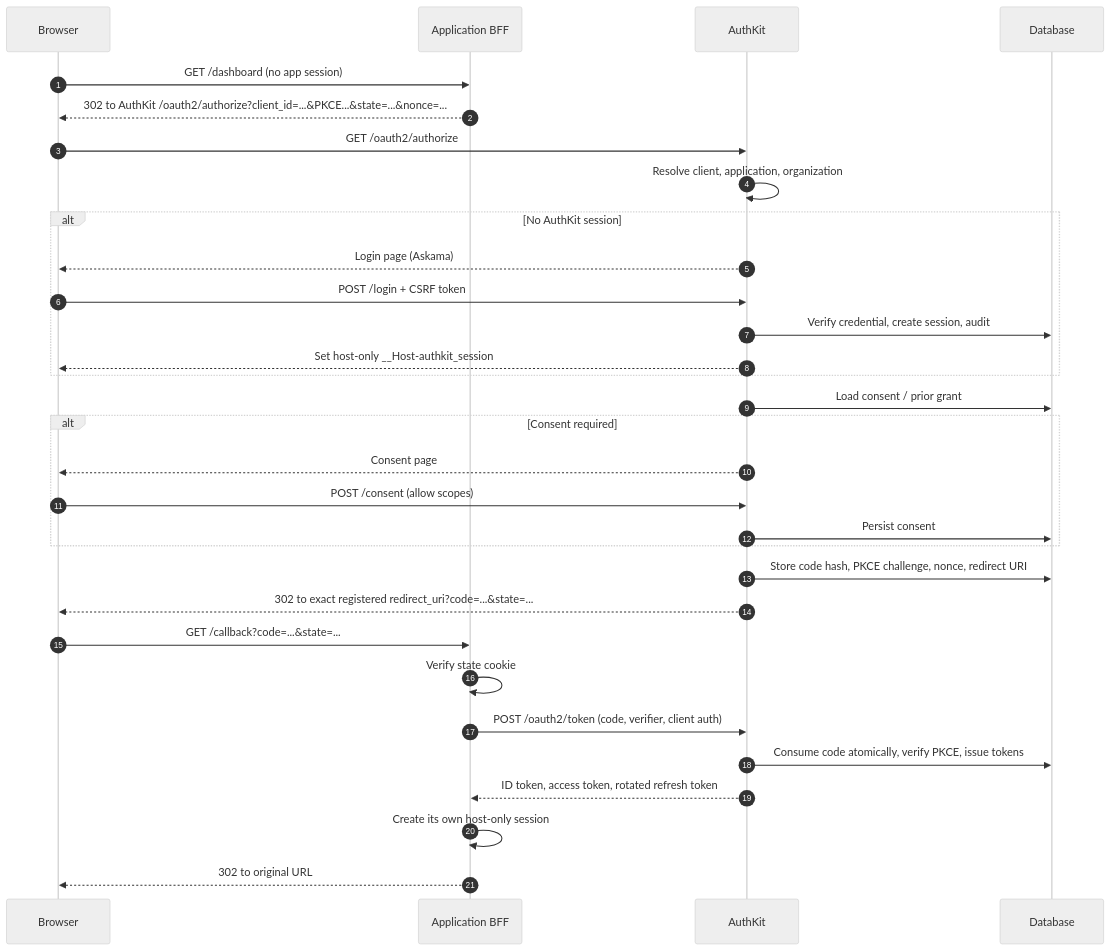
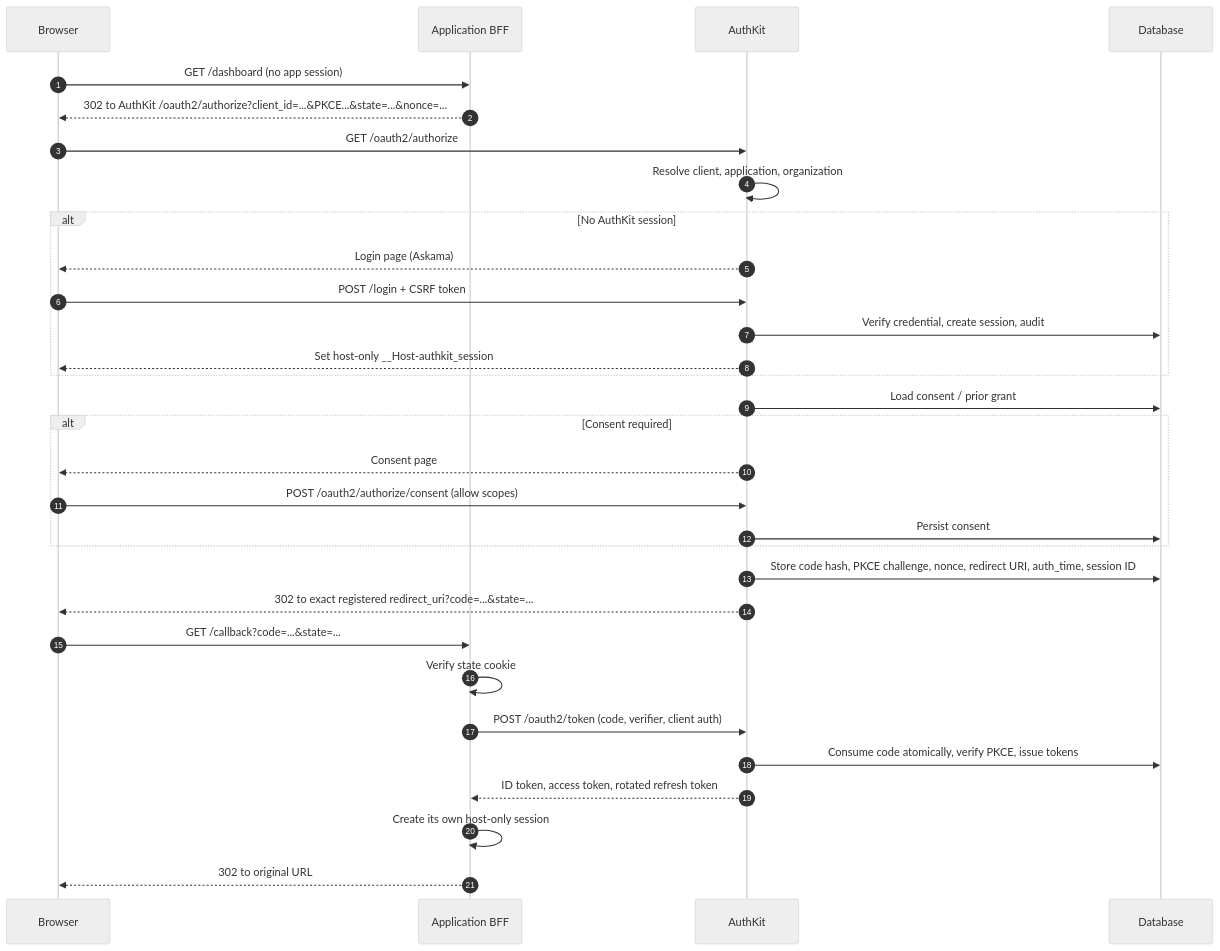
The third of 7 diagrams in docs/architecture.md (devstroop/authkit), drawn with Mermaid (neutral theme) before and after one commit. The commit also changed other lines of this file and 23 other files, not shown here.

Commit message:
feat(oauth): add authorization endpoint with PKCE and consent

````diff
--- a/docs/architecture.md
+++ b/docs/architecture.md
@@ -299,33 +299,33 @@
 ```mermaid
 sequenceDiagram
     autonumber
     participant B as Browser
     participant App as Application BFF
     participant A as AuthKit
     participant DB as Database
     B->>App: GET /dashboard (no app session)
     App-->>B: 302 to AuthKit /oauth2/authorize?client_id=...&PKCE...&state=...&nonce=...
     B->>A: GET /oauth2/authorize
     A->>A: Resolve client, application, organization
     alt No AuthKit session
         A-->>B: Login page (Askama)
         B->>A: POST /login + CSRF token
         A->>DB: Verify credential, create session, audit
         A-->>B: Set host-only __Host-authkit_session
     end
     A->>DB: Load consent / prior grant
     alt Consent required
         A-->>B: Consent page
-        B->>A: POST /consent (allow scopes)
+        B->>A: POST /oauth2/authorize/consent (allow scopes)
         A->>DB: Persist consent
     end
-    A->>DB: Store code hash, PKCE challenge, nonce, redirect URI
+    A->>DB: Store code hash, PKCE challenge, nonce, redirect URI, auth_time, session ID
     A-->>B: 302 to exact registered redirect_uri?code=...&state=...
     B->>App: GET /callback?code=...&state=...
     App->>App: Verify state cookie
     App->>A: POST /oauth2/token (code, verifier, client auth)
     A->>DB: Consume code atomically, verify PKCE, issue tokens
     A-->>App: ID token, access token, rotated refresh token
     App->>App: Create its own host-only session
     App-->>B: 302 to original URL
 ```
````
